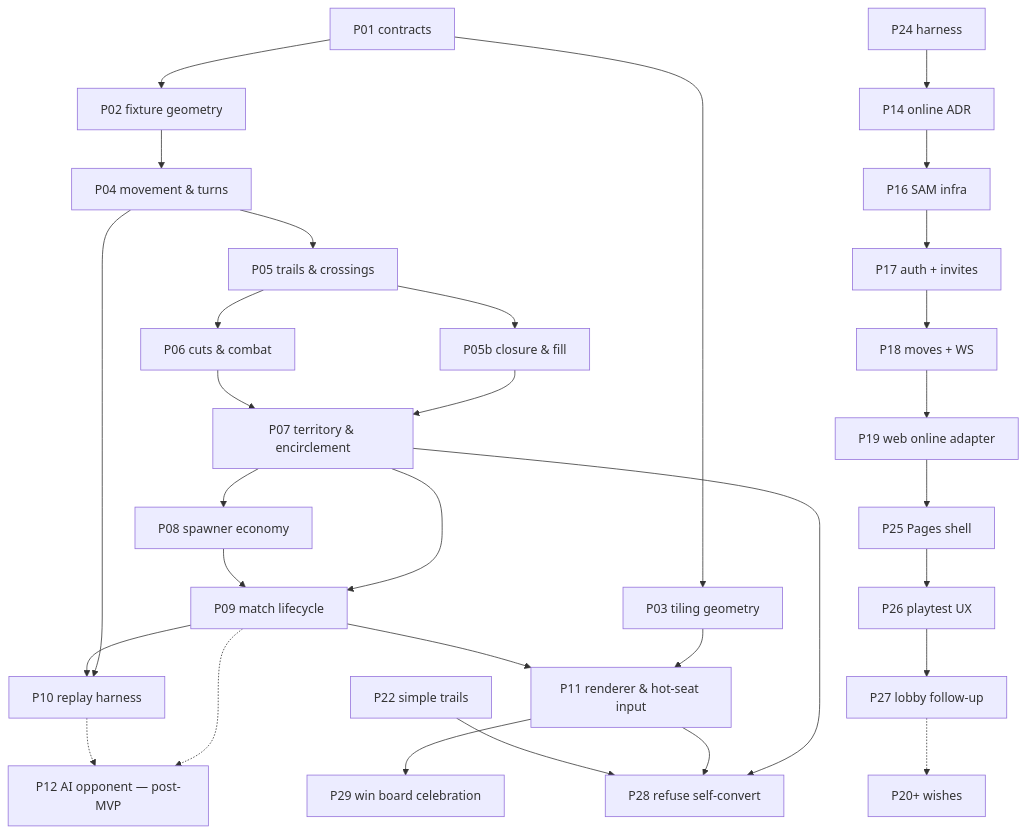
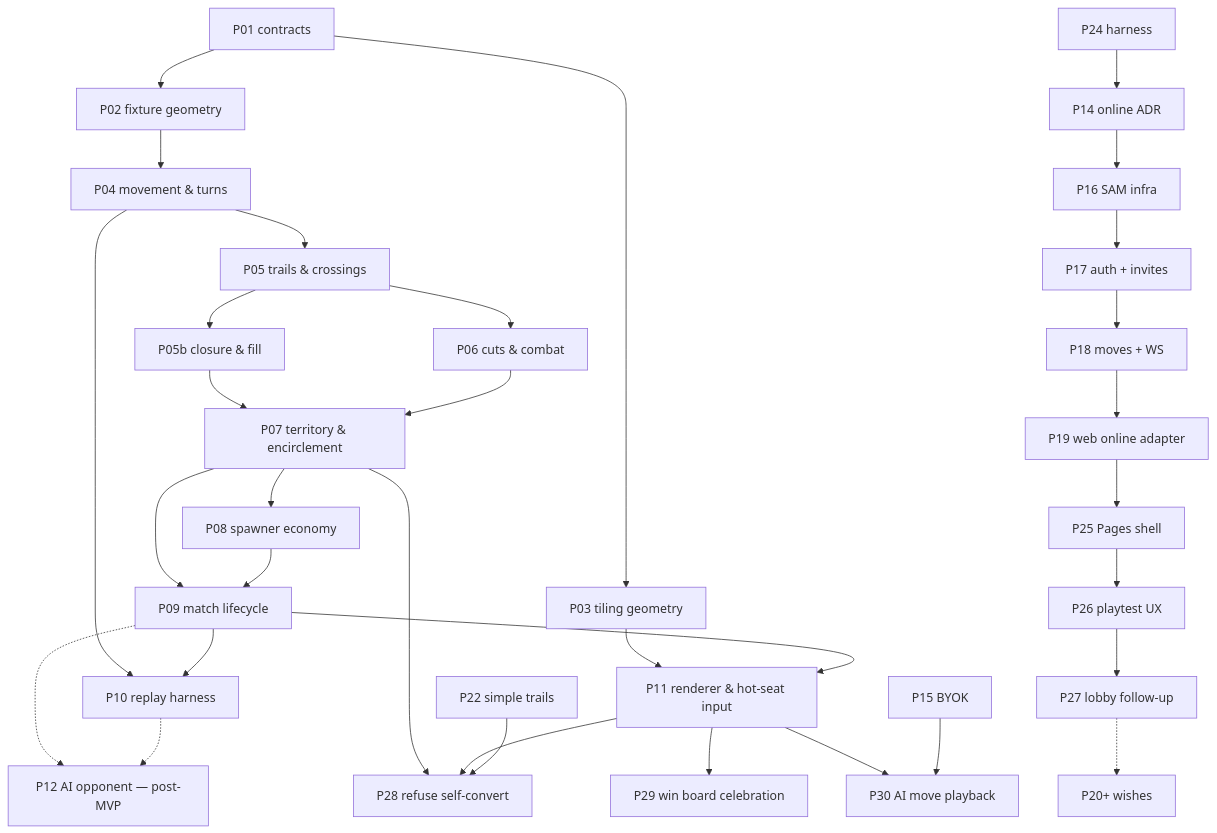
The diagram in docs/design/02-work-packets.md (hochgi/arrows_conqueror), drawn with Mermaid before and after one commit. The commit also changed other lines of this file and 11 other files, not shown here.

````diff
--- a/docs/design/02-work-packets.md
+++ b/docs/design/02-work-packets.md
@@ -65,33 +66,35 @@
 ```mermaid
 flowchart TD
   P01["P01 contracts"] --> P02["P02 fixture geometry"]
   P01 --> P03["P03 tiling geometry"]
   P02 --> P04["P04 movement & turns"]
   P04 --> P05["P05 trails & crossings"]
   P05 --> P05B["P05b closure & fill"]
   P05 --> P06["P06 cuts & combat"]
   P05B --> P07["P07 territory & encirclement"]
   P06 --> P07
   P07 --> P08["P08 spawner economy"]
   P07 --> P09["P09 match lifecycle"]
   P08 --> P09
   P04 --> P10["P10 replay harness"]
   P09 --> P10
   P03 --> P11["P11 renderer & hot-seat input"]
   P09 --> P11
   P09 -.-> P12["P12 AI opponent — post-MVP"]
   P10 -.-> P12
   P24["P24 harness"] --> P14["P14 online ADR"]
   P14 --> P16["P16 SAM infra"]
   P16 --> P17["P17 auth + invites"]
   P17 --> P18["P18 moves + WS"]
   P18 --> P19["P19 web online adapter"]
   P19 --> P25["P25 Pages shell"]
   P25 --> P26["P26 playtest UX"]
   P26 --> P27["P27 lobby follow-up"]
   P27 -.-> P20["P20+ wishes"]
   P07 --> P28["P28 refuse self-convert"]
   P11 --> P28
   P22["P22 simple trails"] --> P28
   P11 --> P29["P29 win board celebration"]
+  P11 --> P30["P30 AI move playback"]
+  P15["P15 BYOK"] --> P30
 ```
````
